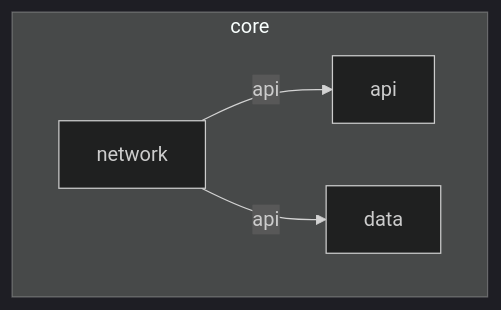
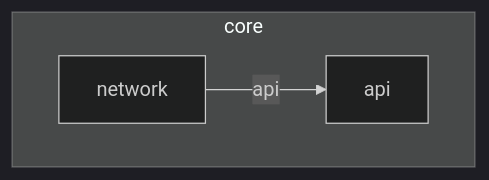
The diagram in core/network/README.md (Dussim/cv-app), drawn with Mermaid before and after one commit. The commit also changed 10 other files, not shown here.

````diff
--- a/core/network/README.md
+++ b/core/network/README.md
@@ -3,17 +3,15 @@
 ```mermaid
 %%{
   init: {
     'theme': 'dark'
   }
 }%%
 
 graph TB
   subgraph core
     api
-    data
     network
   end
   network -- api --> api
-  network -- api --> data
 
 ```
````
